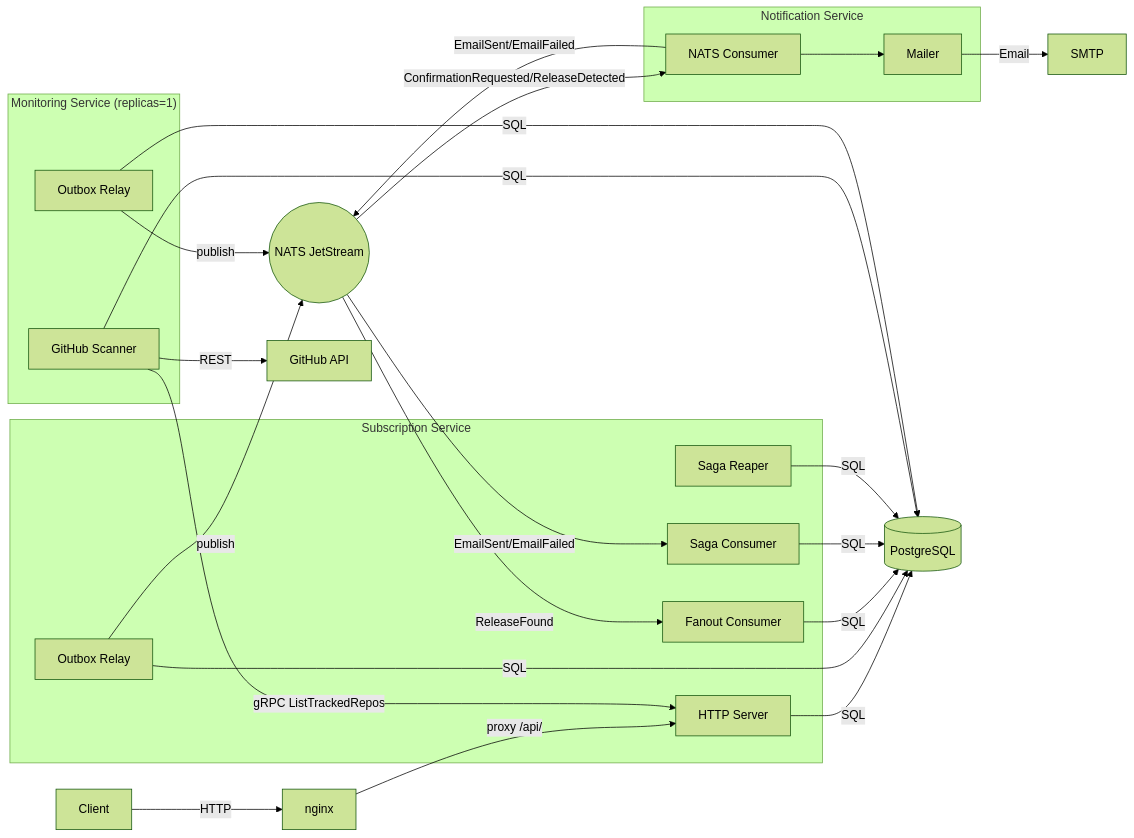
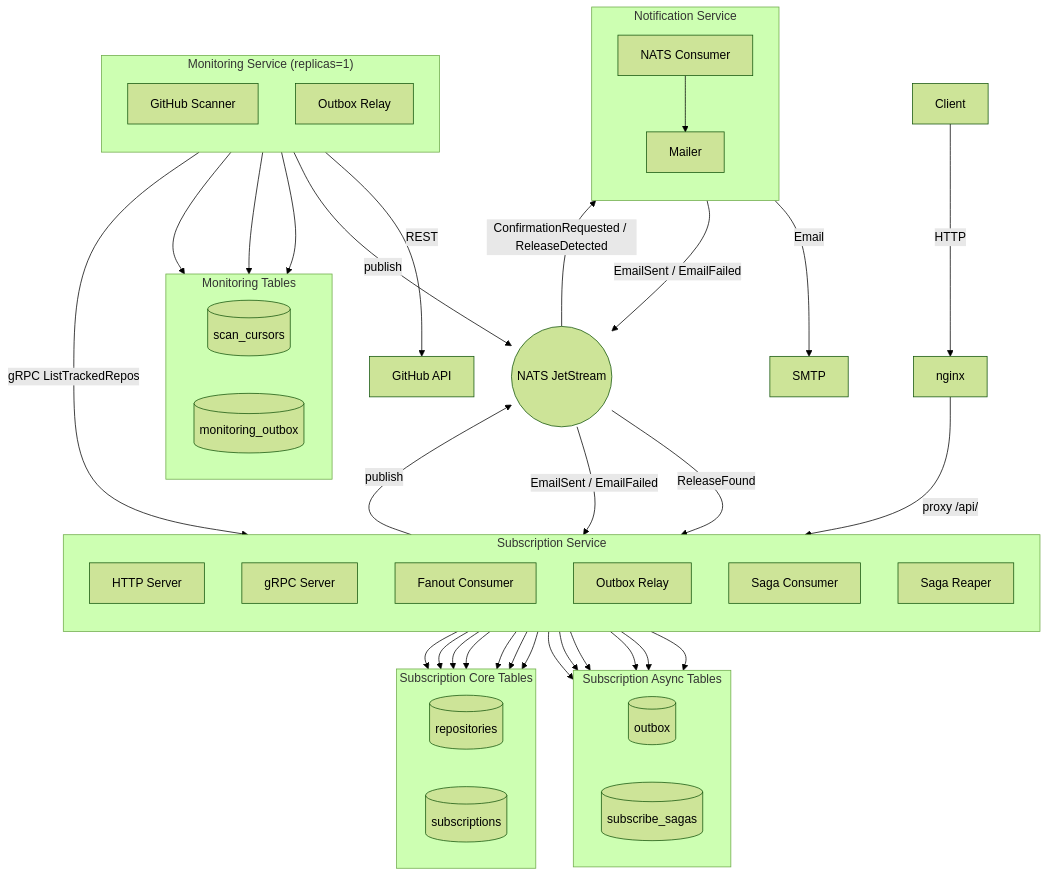
One commit to GenesisEducationKyiv/software-engineering-school-6-0-RodionShapoval5758 changed the first of 7 diagrams in docs/SDD.md. Above: the diagram before and after it, drawn with Mermaid (forest theme). The commit also changed 5 other files, not shown here.

Commit message:
feat(subscription): update last_seen_tag atomically in fanout worker, harden http transport

````diff
--- a/docs/SDD.md
+++ b/docs/SDD.md
@@ -46,52 +46,74 @@
 ```mermaid
-flowchart LR
-    Client[Client]
-    nginx[nginx]
+flowchart TB
+    Client[Client] -->|HTTP| nginx[nginx]
+    nginx -->|proxy /api/| HTTP
 
     subgraph subscription["Subscription Service"]
+        direction TB
         HTTP[HTTP Server]
+        GRPC[gRPC Server]
         FW[Fanout Consumer]
         Relay1[Outbox Relay]
         SagaCons[Saga Consumer]
         SagaReaper[Saga Reaper]
     end
 
     subgraph monitoring["Monitoring Service (replicas=1)"]
+        direction TB
         Scanner[GitHub Scanner]
         Relay2[Outbox Relay]
     end
 
     subgraph notification["Notification Service"]
+        direction TB
         NotifConsumer[NATS Consumer]
         Mailer[Mailer]
     end
 
-    DB[(PostgreSQL)]
+    subgraph subcore["Subscription Core Tables"]
+        direction LR
+        repos[(repositories)]
+        subs[(subscriptions)]
+    end
+
+    subgraph subasync["Subscription Async Tables"]
+        direction LR
+        outboxt[(outbox)]
+        sagas[(subscribe_sagas)]
+    end
+
+    subgraph mondb["Monitoring Tables"]
+        direction LR
+        cursors[(scan_cursors)]
+        monoutbox[(monitoring_outbox)]
+    end
+
     NATS((NATS JetStream))
     GitHub[GitHub API]
     SMTP[SMTP]
 
-    Client -->|HTTP| nginx
-    nginx -->|proxy /api/| HTTP
+    %% Subscription service → its tables
+    HTTP --> repos & subs & outboxt & sagas
+    GRPC --> repos
+    FW --> subs & outboxt & repos
+    Relay1 --> outboxt
+    SagaCons --> sagas & subs
+    SagaReaper --> sagas & subs
 
-    HTTP -->|SQL| DB
-    Relay1 -->|SQL| DB
-    FW -->|SQL| DB
-    SagaCons -->|SQL| DB
-    SagaReaper -->|SQL| DB
+    %% Monitoring service → its tables + external
+    Scanner --> cursors & monoutbox
+    Relay2 --> monoutbox
+    Scanner -->|REST| GitHub
+    Scanner -->|gRPC ListTrackedRepos| GRPC
 
-    Scanner -->|SQL| DB
-    Relay2 -->|SQL| DB
-    Scanner -->|REST| GitHub
-    Scanner -->|gRPC ListTrackedRepos| HTTP
-
+    %% NATS event bus
     Relay1 -->|publish| NATS
     Relay2 -->|publish| NATS
     NATS -->|ReleaseFound| FW
-    NATS -->|ConfirmationRequested/ReleaseDetected| NotifConsumer
-    NATS -->|EmailSent/EmailFailed| SagaCons
+    NATS -->|ConfirmationRequested / ReleaseDetected| NotifConsumer
+    NATS -->|EmailSent / EmailFailed| SagaCons
 
-    NotifConsumer --> Mailer
-    Mailer -->|Email| SMTP
-    NotifConsumer -->|EmailSent/EmailFailed| NATS
+    %% Notification service
+    NotifConsumer --> Mailer -->|Email| SMTP
+    NotifConsumer -->|EmailSent / EmailFailed| NATS
 ```
````
